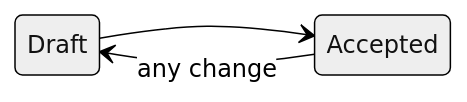
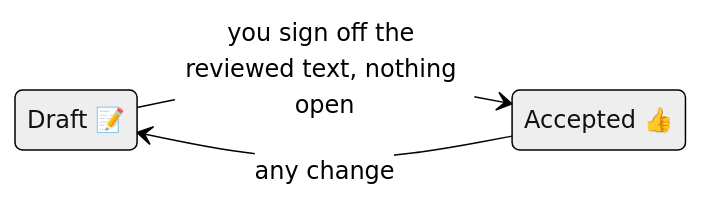
Before and after one commit to michaelmarconi/agentic-engineering: the third of 11 diagrams in docs/lifecycle.md, drawn with Mermaid (neutral theme). The commit also changed other lines of this file, not shown here.

Commit message:
Lifecycle draft: statuses and what moves a document between them, in the diagrams

````diff
--- a/docs/lifecycle.md
+++ b/docs/lifecycle.md
@@ -69,6 +69,8 @@
 ```mermaid
 stateDiagram-v2
     direction LR
-    Draft --> Accepted
+    state "Draft 📝" as Draft
+    state "Accepted 👍" as Accepted
+    Draft --> Accepted : you sign off the reviewed text, nothing open
     Accepted --> Draft : any change
 ```
````
